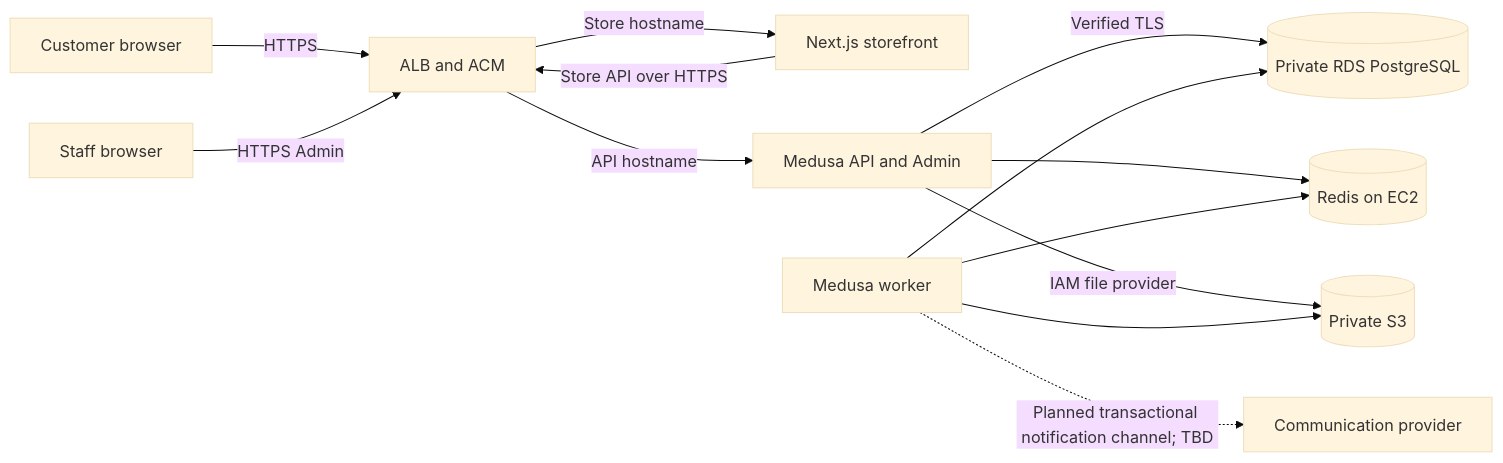
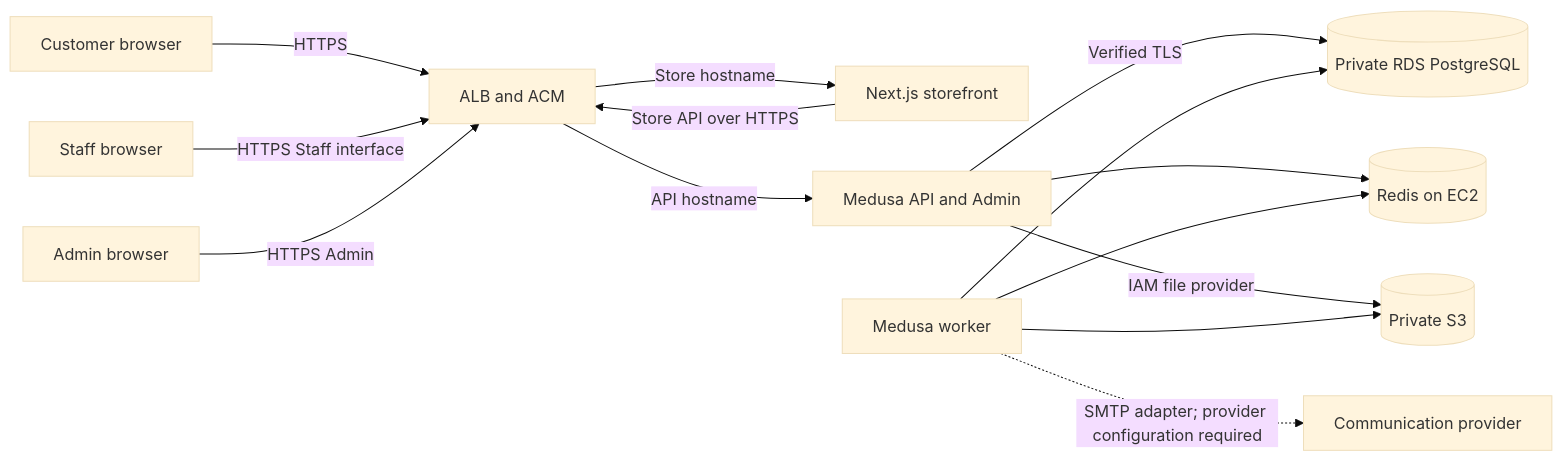
One commit to kieuquy283/EnterpriseE-commercePlatform changed the diagram in docs/spec/03-architecture.md. Above: the diagram before and after it, drawn with Mermaid (base theme). The commit also changed other lines of this file and 18 other files, not shown here.

````diff
--- a/docs/spec/03-architecture.md
+++ b/docs/spec/03-architecture.md
@@ -11,15 +11,16 @@
 ```mermaid
 flowchart LR
   Customer[Customer browser] -->|HTTPS| ALB[ALB and ACM]
-  Staff[Staff browser] -->|HTTPS Admin| ALB
+  Staff[Staff browser] -->|HTTPS Staff interface| ALB
+  Administrator[Admin browser] -->|HTTPS Admin| ALB
   ALB -->|Store hostname| Web[Next.js storefront]
   ALB -->|API hostname| API[Medusa API and Admin]
   Web -->|Store API over HTTPS| ALB
   API -->|Verified TLS| DB[(Private RDS PostgreSQL)]
   API --> Redis[(Redis on EC2)]
   Worker[Medusa worker] --> DB
   Worker --> Redis
   API -->|IAM file provider| S3[(Private S3)]
   Worker --> S3
-  Worker -.->|Planned transactional notification channel; TBD| Provider[Communication provider]
+  Worker -.->|SMTP adapter; provider configuration required| Provider[Communication provider]
 ```
````
